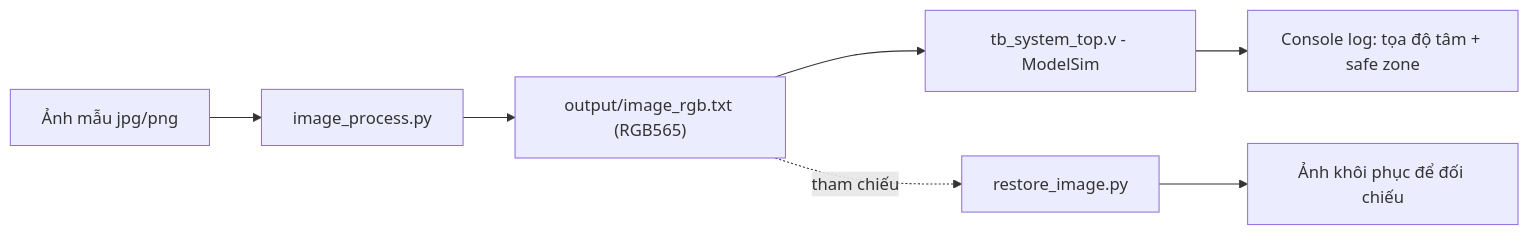
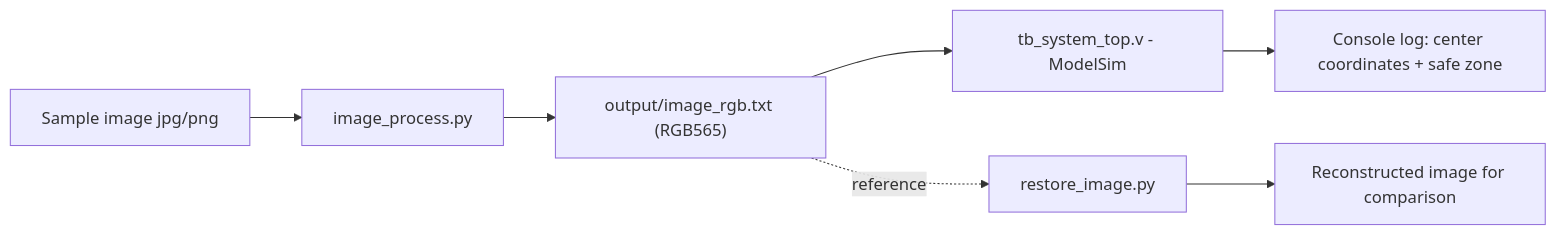
Before and after one commit to HoaqThan/FPGA-Color-Tracking: the fourth of 4 diagrams in README.md, drawn with Mermaid. The commit also changed other lines of this file, not shown here.

````diff
--- a/README.md
+++ b/README.md
@@ -392,15 +392,15 @@
 ```mermaid
 flowchart LR
 
-InputImg[Ảnh mẫu jpg/png]
+InputImg[Sample image jpg/png]
 -->
 Process[image_process.py]
 -->
 Vector["output/image_rgb.txt (RGB565)"]
 -->
 TB[tb_system_top.v - ModelSim]
 -->
-Result[Console log: tọa độ tâm + safe zone]
-Vector -.tham chiếu.-> Restore[restore_image.py]
-Restore --> ViewImg[Ảnh khôi phục để đối chiếu]
+Result[Console log: center coordinates + safe zone]
+Vector -.reference.-> Restore[restore_image.py]
+Restore --> ViewImg[Reconstructed image for comparison]
 ```
````
